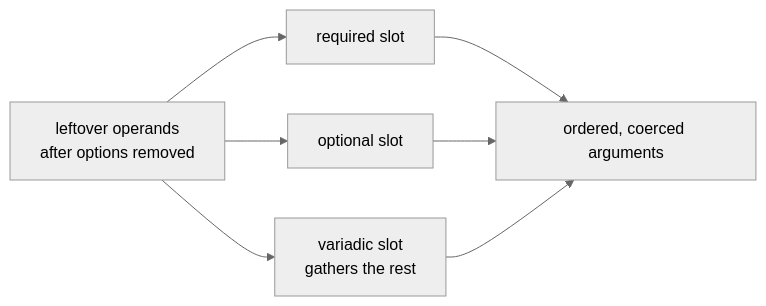
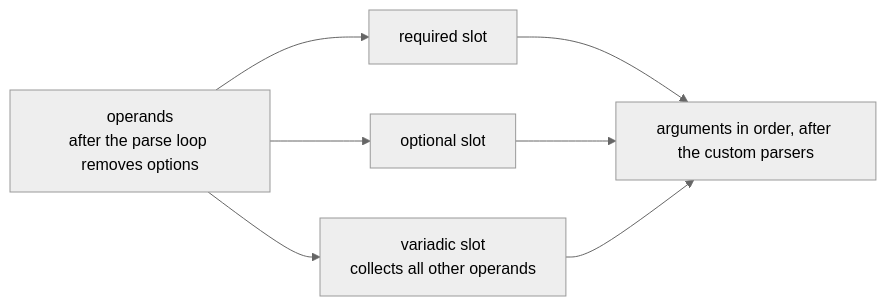
One commit to KeunwooPark/cluedoc changed the first of 4 diagrams in docs/examples/commander/.cluedoc/positional-arguments/README.md. Above: the diagram before and after it, drawn with Mermaid (neutral theme). The commit also changed other lines of this file and 22 other files, not shown here.

````diff
--- a/docs/examples/commander/.cluedoc/positional-arguments/README.md
+++ b/docs/examples/commander/.cluedoc/positional-arguments/README.md
@@ -9,9 +9,9 @@
 ```mermaid
 flowchart LR
-    OPS["leftover operands<br/>after options removed"] --> SLOT1["required slot"]
+    OPS["operands<br/>after the parse loop removes options"] --> SLOT1["required slot"]
     OPS --> SLOT2["optional slot"]
-    OPS --> SLOT3["variadic slot<br/>gathers the rest"]
-    SLOT1 --> OUT["ordered, coerced arguments"]
+    OPS --> SLOT3["variadic slot<br/>collects all other operands"]
+    SLOT1 --> OUT["arguments in order, after the custom parsers"]
     SLOT2 --> OUT
     SLOT3 --> OUT
 ```
````
